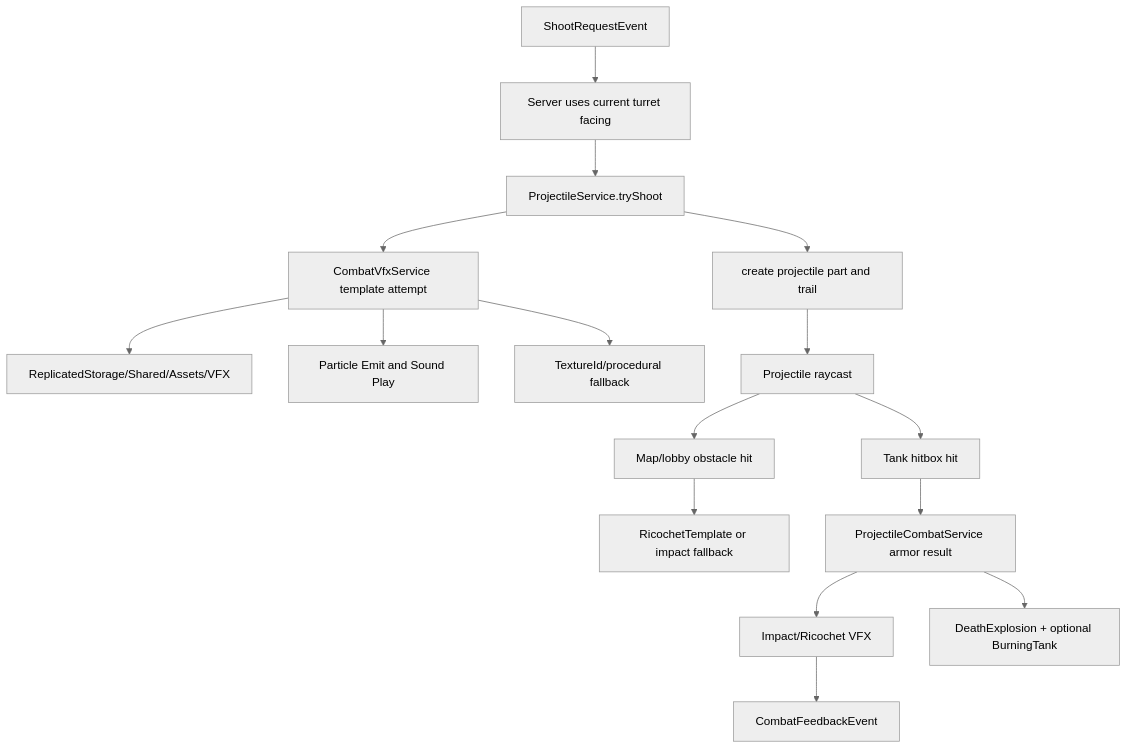
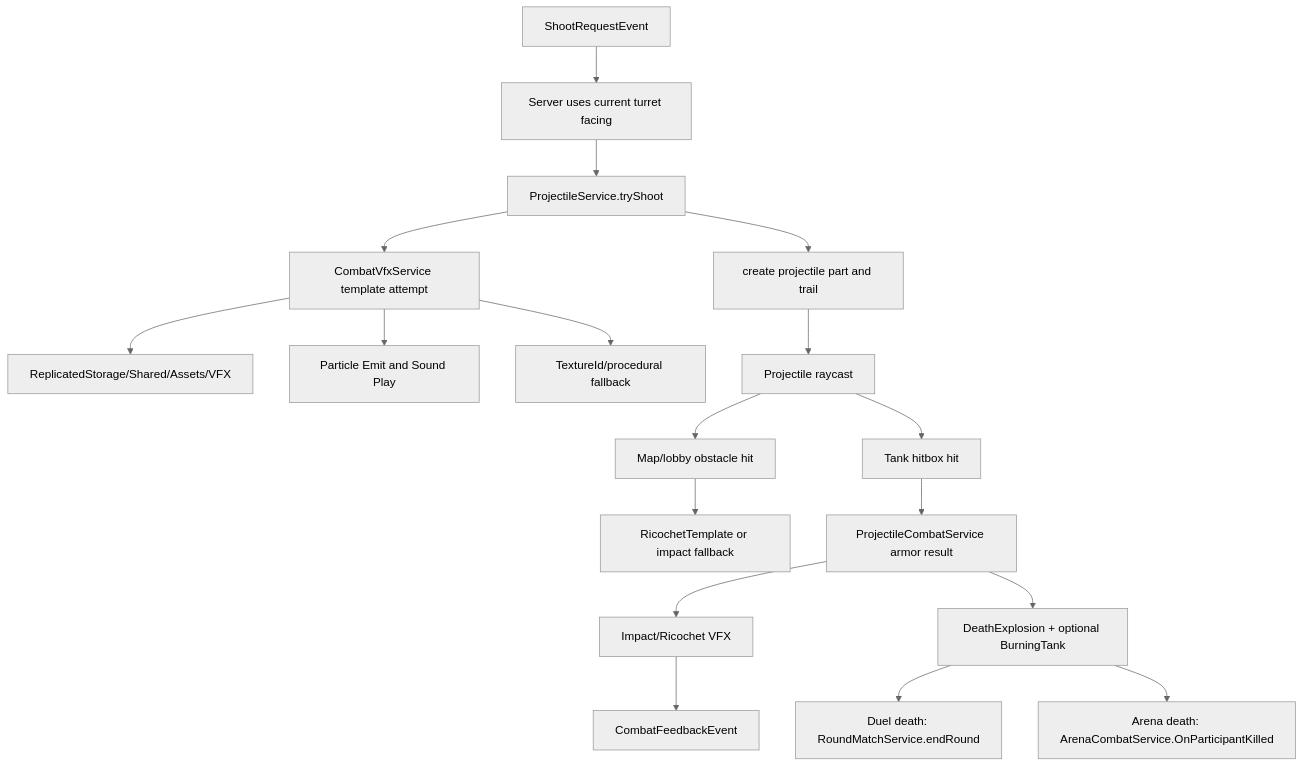
The sixth of 7 diagrams in docs/ARCHITECTURE_GRAPH.md (Incube700/WorldOfBalance_Roblox), drawn with Mermaid (neutral theme) before and after one commit. The commit also changed other lines of this file and 47 other files, not shown here.

````diff
--- a/docs/ARCHITECTURE_GRAPH.md
+++ b/docs/ARCHITECTURE_GRAPH.md
@@ -78,18 +103,20 @@
 ```mermaid
 flowchart TD
     A["ShootRequestEvent"] --> B["Server uses current turret facing"]
     B --> C["ProjectileService.tryShoot"]
     C --> D["create projectile part and trail"]
     C --> E["CombatVfxService template attempt"]
     E --> F["ReplicatedStorage/Shared/Assets/VFX"]
     E --> G["Particle Emit and Sound Play"]
     E --> H["TextureId/procedural fallback"]
     D --> I["Projectile raycast"]
     I --> J["Map/lobby obstacle hit"]
     I --> K["Tank hitbox hit"]
     J --> L["RicochetTemplate or impact fallback"]
     K --> M["ProjectileCombatService armor result"]
     M --> N["Impact/Ricochet VFX"]
     N --> O["CombatFeedbackEvent"]
     M --> P["DeathExplosion + optional BurningTank"]
+    P --> Q["Duel death: RoundMatchService.endRound"]
+    P --> R["Arena death: ArenaCombatService.OnParticipantKilled"]
 ```
````
